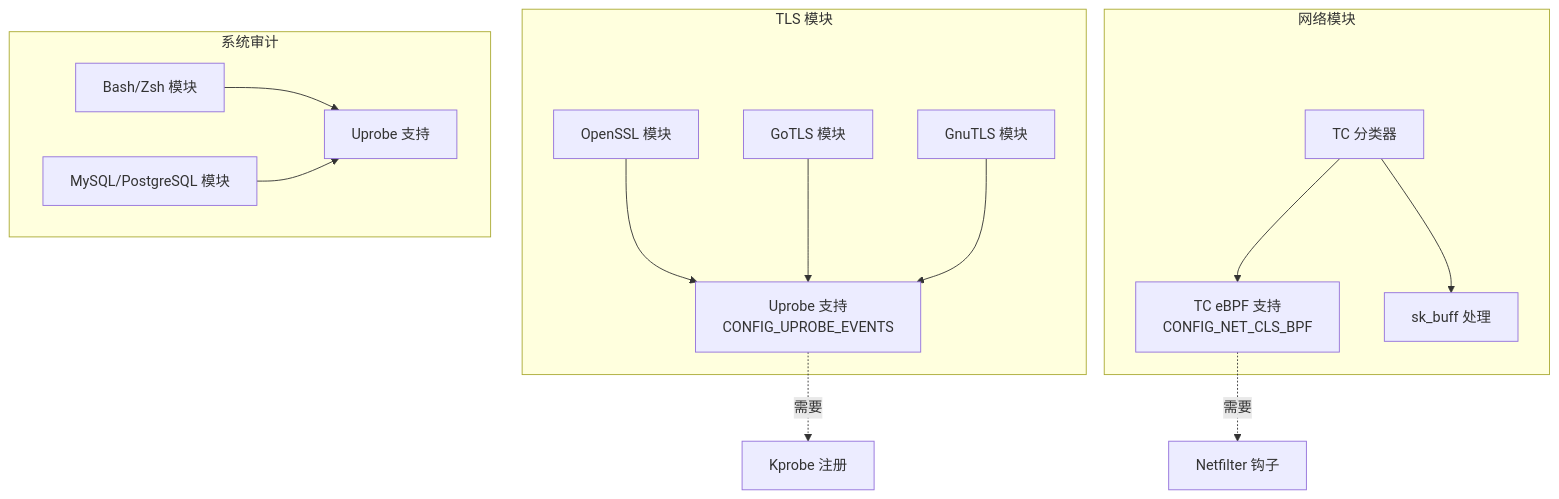
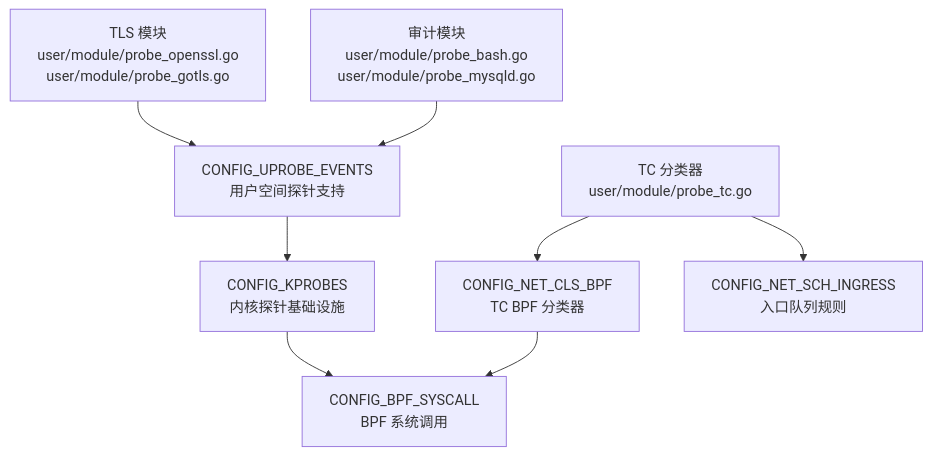
Before and after one commit to gojue/ecapture.cc: the seventh of 9 diagrams in src/zh/1-overview/1.3-dependencies-and-system-requirements.md, drawn with Mermaid. The commit also changed other lines of this file and 70 other files, not shown here.

Commit message:
feat: update sidebar and navigation links for architecture and shell command auditing sections

````diff
--- a/src/zh/1-overview/1.3-dependencies-and-system-requirements.md
+++ b/src/zh/1-overview/1.3-dependencies-and-system-requirements.md
@@ -275,35 +359,21 @@
 ```mermaid
 graph TB
-    subgraph "TLS 模块"
-        OPENSSL["OpenSSL 模块"]
-        GOTLS["GoTLS 模块"]
-        GNUTLS["GnuTLS 模块"]
-        
-        UPROBE["Uprobe 支持<br/>CONFIG_UPROBE_EVENTS"]
-    end
+    MOD_TLS["TLS 模块<br/>user/module/probe_openssl.go<br/>user/module/probe_gotls.go"]
+    MOD_AUDIT["审计模块<br/>user/module/probe_bash.go<br/>user/module/probe_mysqld.go"]
+    MOD_TC["TC 分类器<br/>user/module/probe_tc.go"]
     
-    subgraph "网络模块"
-        TC["TC 分类器"]
-        
-        TC_FEATURE["TC eBPF 支持<br/>CONFIG_NET_CLS_BPF"]
-        SKB["sk_buff 处理"]
-    end
+    UPROBE["CONFIG_UPROBE_EVENTS<br/>用户空间探针支持"]
+    KPROBE["CONFIG_KPROBES<br/>内核探针基础设施"]
+    BPF_SYSCALL["CONFIG_BPF_SYSCALL<br/>BPF 系统调用"]
+    NET_CLS_BPF["CONFIG_NET_CLS_BPF<br/>TC BPF 分类器"]
+    NET_SCH_INGRESS["CONFIG_NET_SCH_INGRESS<br/>入口队列规则"]
     
-    subgraph "系统审计"
-        BASH["Bash/Zsh 模块"]
-        DB["MySQL/PostgreSQL 模块"]
-        
-        UPROBE2["Uprobe 支持"]
-    end
+    MOD_TLS --> UPROBE
+    MOD_AUDIT --> UPROBE
+    UPROBE --> KPROBE
+    KPROBE --> BPF_SYSCALL
     
-    OPENSSL --> UPROBE
-    GOTLS --> UPROBE
-    GNUTLS --> UPROBE
-    BASH --> UPROBE2
-    DB --> UPROBE2
-    TC --> TC_FEATURE
-    TC --> SKB
-    
-    UPROBE -.->|"需要"| KPROBE_REG["Kprobe 注册"]
-    TC_FEATURE -.->|"需要"| NETFILTER["Netfilter 钩子"]
+    MOD_TC --> NET_CLS_BPF
+    MOD_TC --> NET_SCH_INGRESS
+    NET_CLS_BPF --> BPF_SYSCALL
 ```
````
